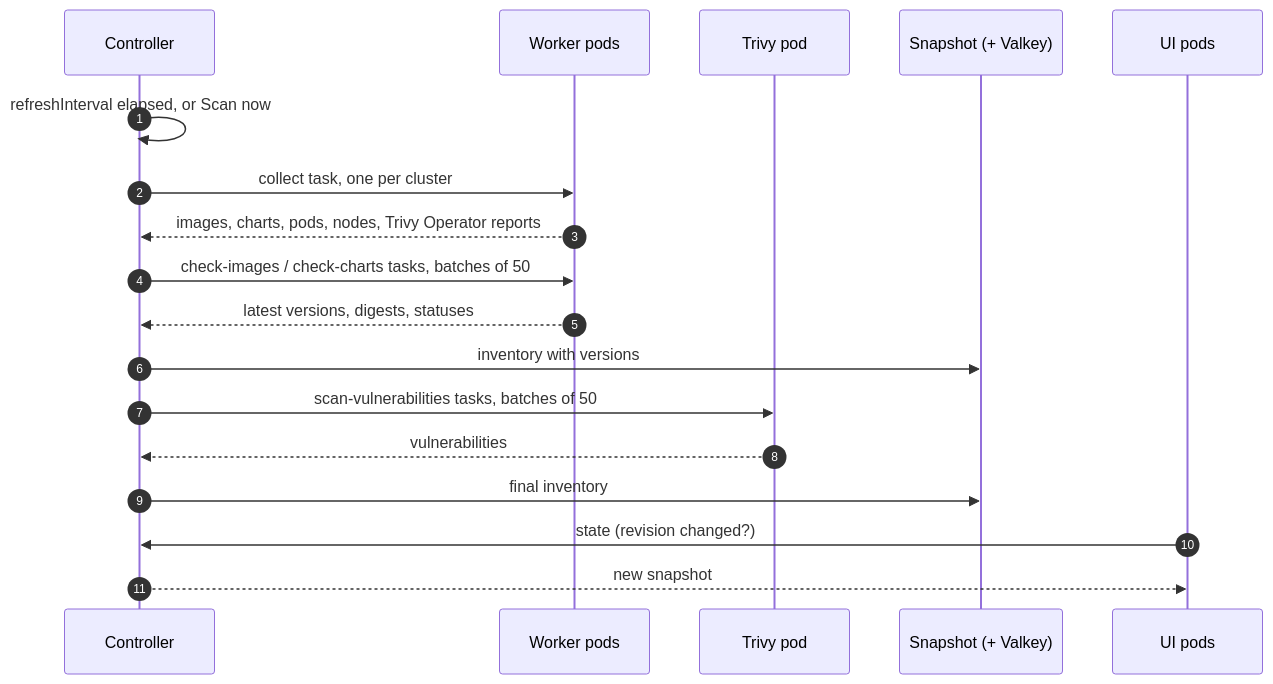
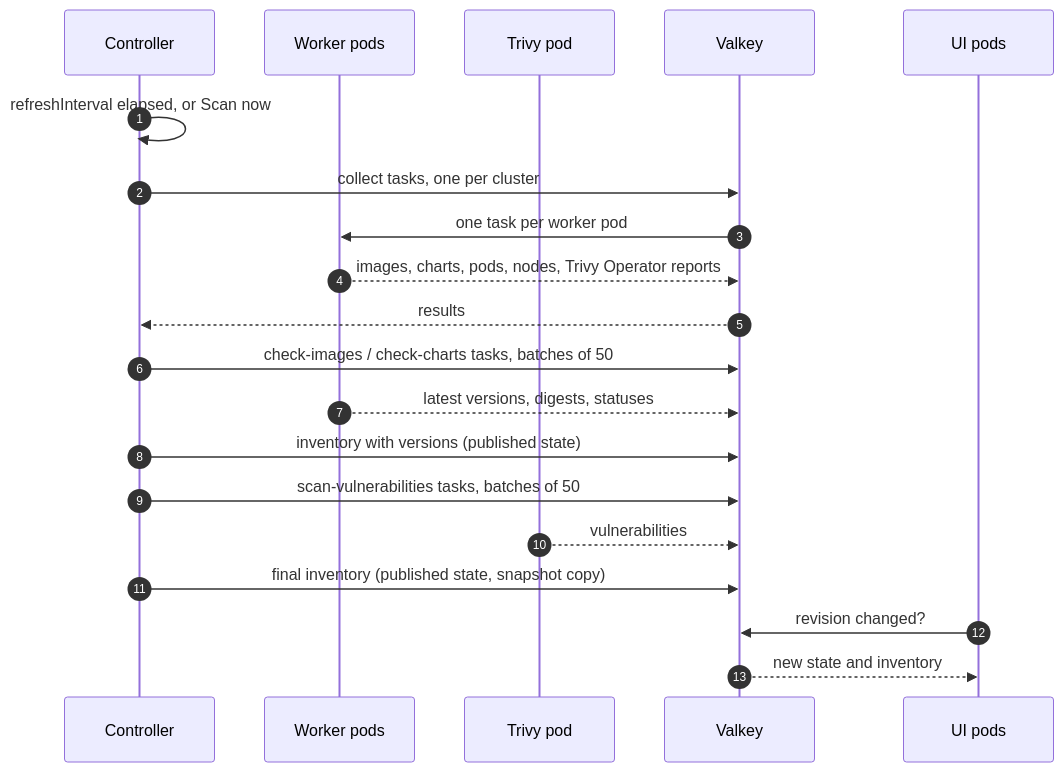
The fourth of 4 diagrams in docs/architecture.md (Arcanexus/kube-tower), drawn with Mermaid before and after one commit. The commit also changed other lines of this file and 31 other files, not shown here.

````diff
--- a/docs/architecture.md
+++ b/docs/architecture.md
@@ -119,21 +120,23 @@
 ```mermaid
 sequenceDiagram
     autonumber
     participant C as Controller
     participant W as Worker pods
     participant T as Trivy pod
-    participant S as Snapshot (+ Valkey)
+    participant V as Valkey
     participant U as UI pods
 
     C->>C: refreshInterval elapsed, or Scan now
-    C->>W: collect task, one per cluster
-    W-->>C: images, charts, pods, nodes, Trivy Operator reports
-    C->>W: check-images / check-charts tasks, batches of 50
-    W-->>C: latest versions, digests, statuses
-    C->>S: inventory with versions
-    C->>T: scan-vulnerabilities tasks, batches of 50
-    T-->>C: vulnerabilities
-    C->>S: final inventory
-    U->>C: state (revision changed?)
-    C-->>U: new snapshot
+    C->>V: collect tasks, one per cluster
+    V->>W: one task per worker pod
+    W-->>V: images, charts, pods, nodes, Trivy Operator reports
+    V-->>C: results
+    C->>V: check-images / check-charts tasks, batches of 50
+    W-->>V: latest versions, digests, statuses
+    C->>V: inventory with versions (published state)
+    C->>V: scan-vulnerabilities tasks, batches of 50
+    T-->>V: vulnerabilities
+    C->>V: final inventory (published state, snapshot copy)
+    U->>V: revision changed?
+    V-->>U: new state and inventory
 ```
````
